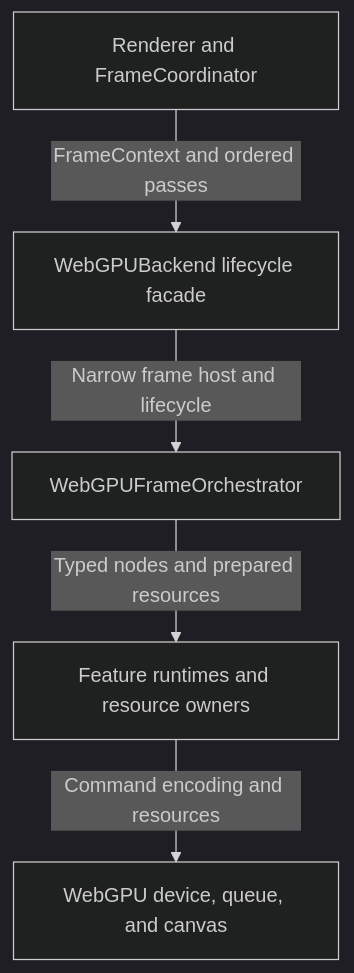
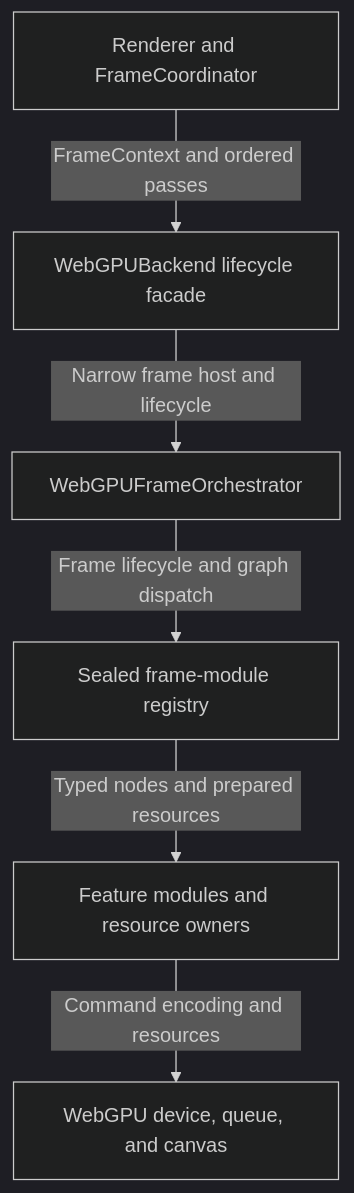
One commit to Kunelinmc/IgnisRenderer changed the first of 2 diagrams in docs/architecture/webgpu.md. Above: the diagram before and after it, drawn with Mermaid (dark theme). The commit also changed other lines of this file and 41 other files, not shown here.

First line of the commit message:
refactor(webgpu): modularize frame graph planning into feature graph modules

````diff
--- a/docs/architecture/webgpu.md
+++ b/docs/architecture/webgpu.md
@@ -9,13 +9,15 @@
 ```mermaid
 flowchart TB
 	R["Renderer and FrameCoordinator"]
 	B["WebGPUBackend lifecycle facade"]
 	G["WebGPUFrameOrchestrator"]
-	X["Feature runtimes and resource owners"]
+	M["Sealed frame-module registry"]
+	X["Feature modules and resource owners"]
 	W["WebGPU device, queue, and canvas"]
 
 	R -->|"FrameContext and ordered passes"| B
 	B -->|"Narrow frame host and lifecycle"| G
-	G -->|"Typed nodes and prepared resources"| X
+	G -->|"Frame lifecycle and graph dispatch"| M
+	M -->|"Typed nodes and prepared resources"| X
 	X -->|"Command encoding and resources"| W
 ```
````
